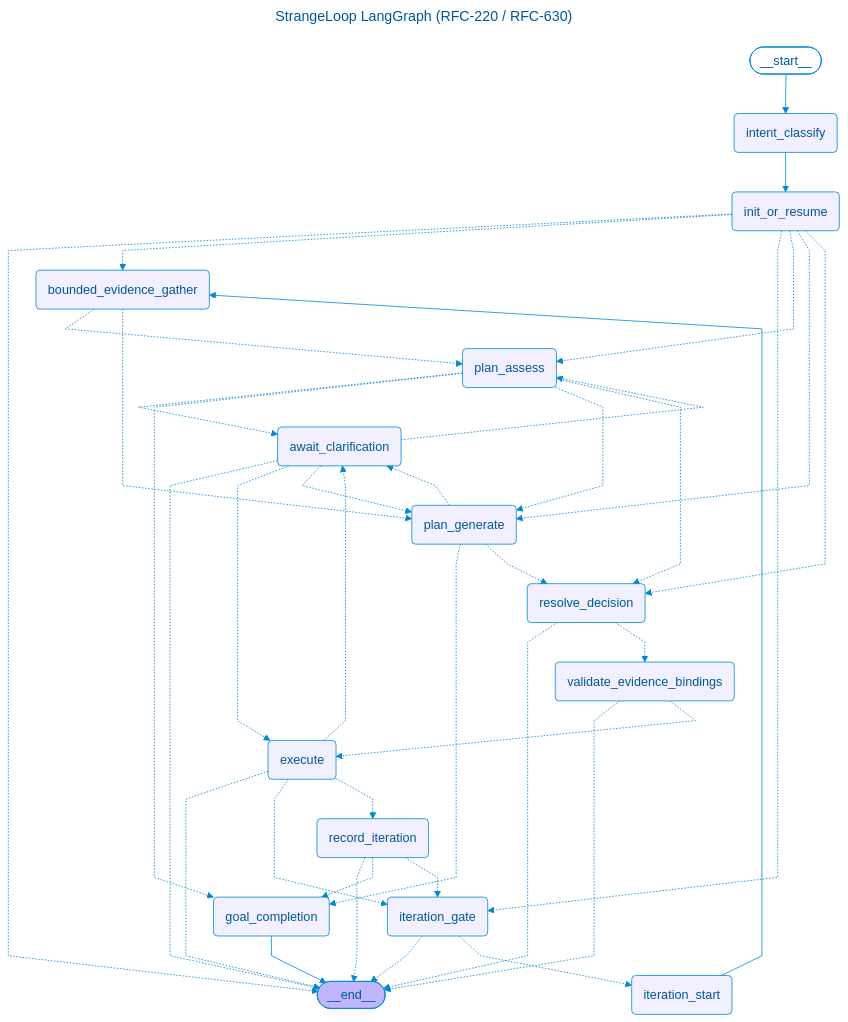
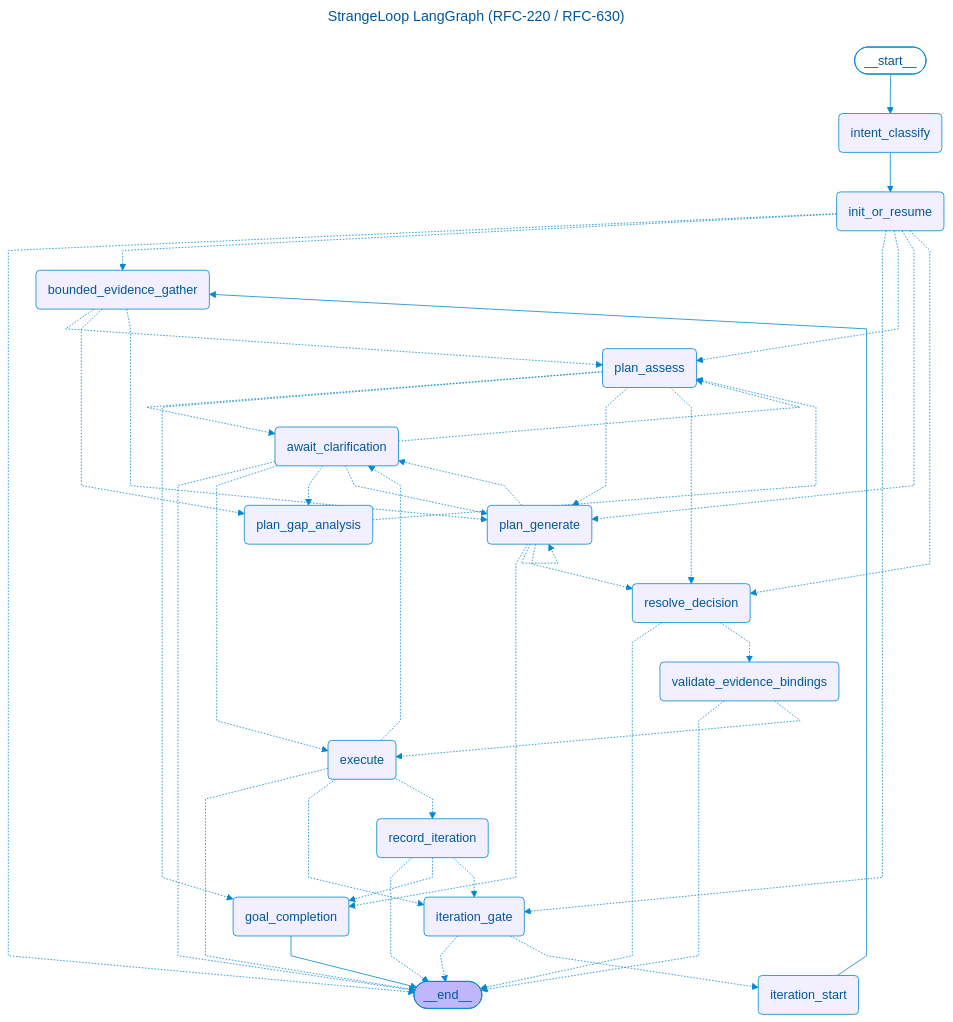
One commit to OpenSoothe/soothe changed the diagram in docs/diagrams/strange_loop_graph.mmd. Above: the diagram before and after it, drawn with Mermaid. The commit also changed 13 other files, not shown here.

```diff
--- a/docs/diagrams/strange_loop_graph.mmd
+++ b/docs/diagrams/strange_loop_graph.mmd
@@ -1,69 +1,74 @@
 ---
 title: StrangeLoop LangGraph (RFC-220 / RFC-630)
 config:
   flowchart:
     curve: linear
   theme: base
   themeVariables:
     primaryColor: "#e1f5fe"
     primaryTextColor: "#01579b"
     primaryBorderColor: "#0288d1"
     lineColor: "#0288d1"
     secondaryColor: "#fff3e0"
     tertiaryColor: "#f3e5f5"
 ---
 graph TD;
 	__start__([<p>__start__</p>]):::first
 	intent_classify(intent_classify)
 	init_or_resume(init_or_resume)
 	iteration_gate(iteration_gate)
 	iteration_start(iteration_start)
 	bounded_evidence_gather(bounded_evidence_gather)
+	plan_gap_analysis(plan_gap_analysis)
 	plan_assess(plan_assess)
 	plan_generate(plan_generate)
 	goal_completion(goal_completion)
 	resolve_decision(resolve_decision)
 	validate_evidence_bindings(validate_evidence_bindings)
 	execute(execute)
 	record_iteration(record_iteration)
 	await_clarification(await_clarification)
 	__end__([<p>__end__</p>]):::last
 	__start__ --> intent_classify;
 	await_clarification -.-> __end__;
 	await_clarification -.-> execute;
 	await_clarification -.-> plan_assess;
+	await_clarification -.-> plan_gap_analysis;
 	await_clarification -.-> plan_generate;
 	bounded_evidence_gather -.-> plan_assess;
+	bounded_evidence_gather -.-> plan_gap_analysis;
 	bounded_evidence_gather -.-> plan_generate;
 	execute -.-> __end__;
 	execute -.-> await_clarification;
 	execute -.-> iteration_gate;
 	execute -.-> record_iteration;
 	init_or_resume -.-> __end__;
 	init_or_resume -.-> bounded_evidence_gather;
 	init_or_resume -.-> iteration_gate;
 	init_or_resume -.-> plan_assess;
 	init_or_resume -.-> plan_generate;
 	init_or_resume -.-> resolve_decision;
 	intent_classify --> init_or_resume;
 	iteration_gate -.-> __end__;
 	iteration_gate -.-> iteration_start;
 	iteration_start --> bounded_evidence_gather;
 	plan_assess -.-> await_clarification;
 	plan_assess -.-> goal_completion;
 	plan_assess -.-> plan_generate;
 	plan_assess -.-> resolve_decision;
+	plan_gap_analysis -.-> plan_assess;
 	plan_generate -.-> await_clarification;
 	plan_generate -.-> goal_completion;
 	plan_generate -.-> resolve_decision;
 	record_iteration -.-> __end__;
 	record_iteration -.-> goal_completion;
 	record_iteration -.-> iteration_gate;
 	resolve_decision -.-> __end__;
 	resolve_decision -.-> validate_evidence_bindings;
 	validate_evidence_bindings -.-> __end__;
 	validate_evidence_bindings -.-> execute;
 	goal_completion --> __end__;
+	plan_generate -.-> plan_generate;
 	classDef default fill:#f2f0ff,line-height:1.2
 	classDef first fill-opacity:0
 	classDef last fill:#bfb6fc
```
